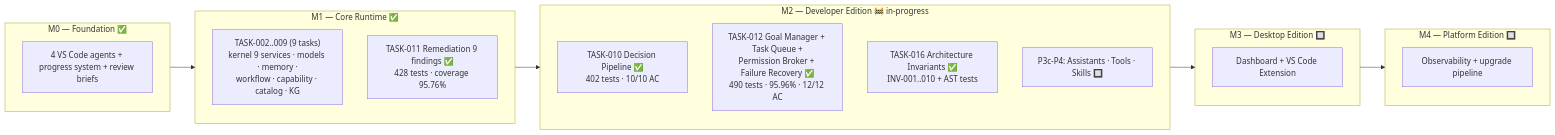
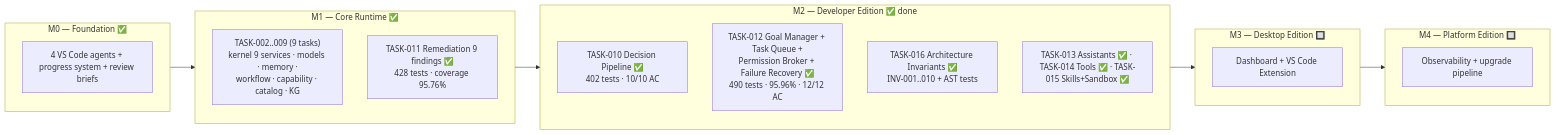
Before and after one commit to mrdanhdanh/aios-python: the fifth of 5 diagrams in docs/architecture.md, drawn with Mermaid. The commit also changed other lines of this file and 26 other files, not shown here.

Commit message:
M3/P5: TASK-017 done — FastAPI REST + WebSocket API server (689 tests, 95.10% cov, 12/12 AC)

````diff
--- a/docs/architecture.md
+++ b/docs/architecture.md
@@ -197,28 +197,28 @@
 ```mermaid
 graph LR
     subgraph M0["M0 — Foundation ✅"]
         A1["4 VS Code agents + progress system + review briefs"]
     end
 
     subgraph M1["M1 — Core Runtime ✅"]
         B1["TASK-002..009 (9 tasks)<br/>kernel 9 services · models · memory ·<br/>workflow · capability · catalog · KG"]
         B2["TASK-011 Remediation 9 findings ✅<br/>428 tests · coverage 95.76%"]
     end
 
-    subgraph M2["M2 — Developer Edition 🚧 in-progress"]
+    subgraph M2["M2 — Developer Edition ✅ done"]
         C1["TASK-010 Decision Pipeline ✅<br/>402 tests · 10/10 AC"]
         C2["TASK-012 Goal Manager + Task Queue +<br/>Permission Broker + Failure Recovery ✅<br/>490 tests · 95.96% · 12/12 AC"]
         C3["TASK-016 Architecture Invariants ✅<br/>INV-001..010 + AST tests"]
-        C4["P3c-P4: Assistants · Tools · Skills 🔲"]
+        C4["TASK-013 Assistants ✅ · TASK-014 Tools ✅ · TASK-015 Skills+Sandbox ✅"]
     end
 
     subgraph M3["M3 — Desktop Edition 🔲"]
         D1["Dashboard + VS Code Extension"]
     end
 
     subgraph M4["M4 — Platform Edition 🔲"]
         E1["Observability + upgrade pipeline"]
     end
 
     M0 --> M1 --> M2 --> M3 --> M4
 ```
````
